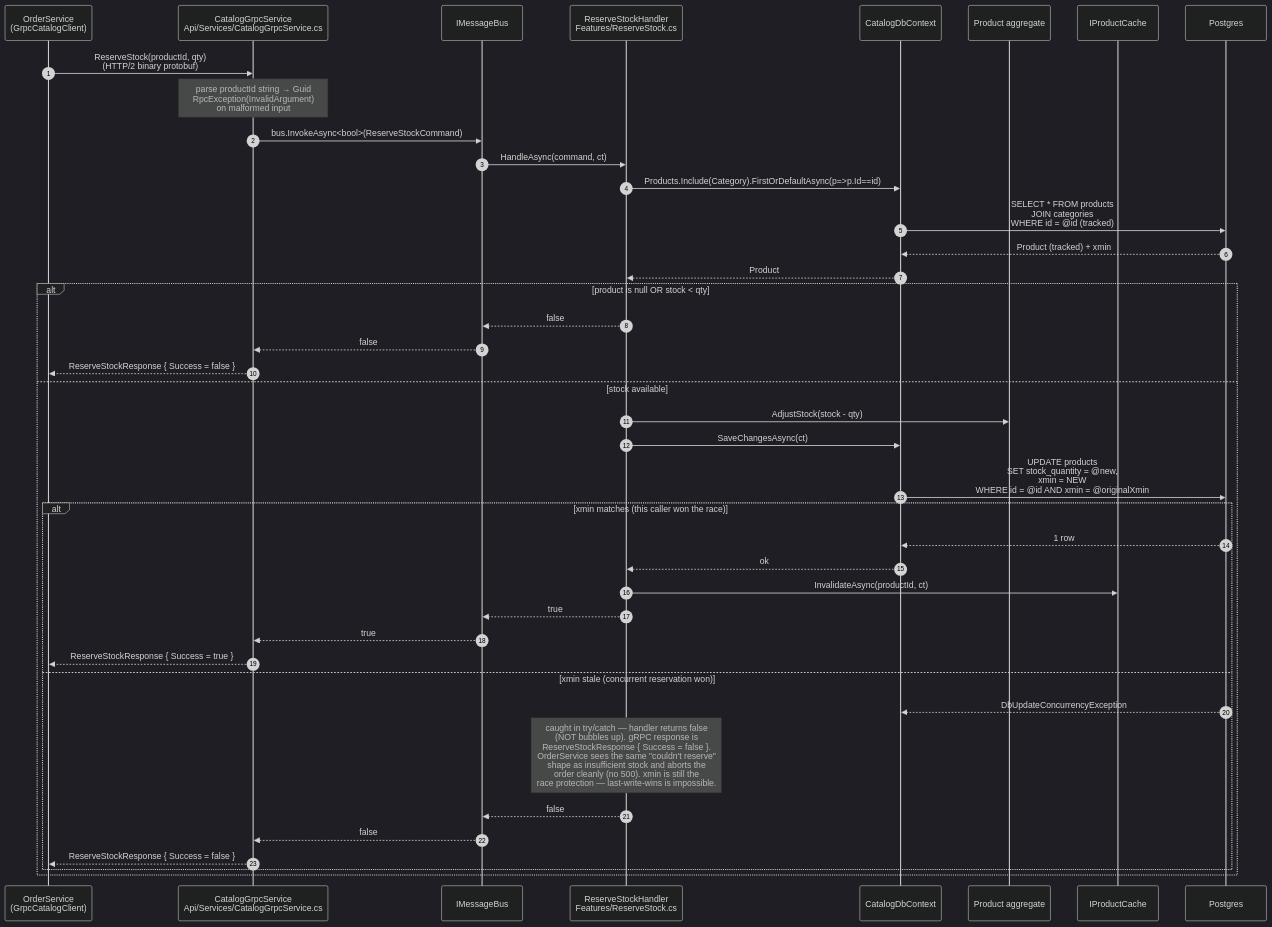
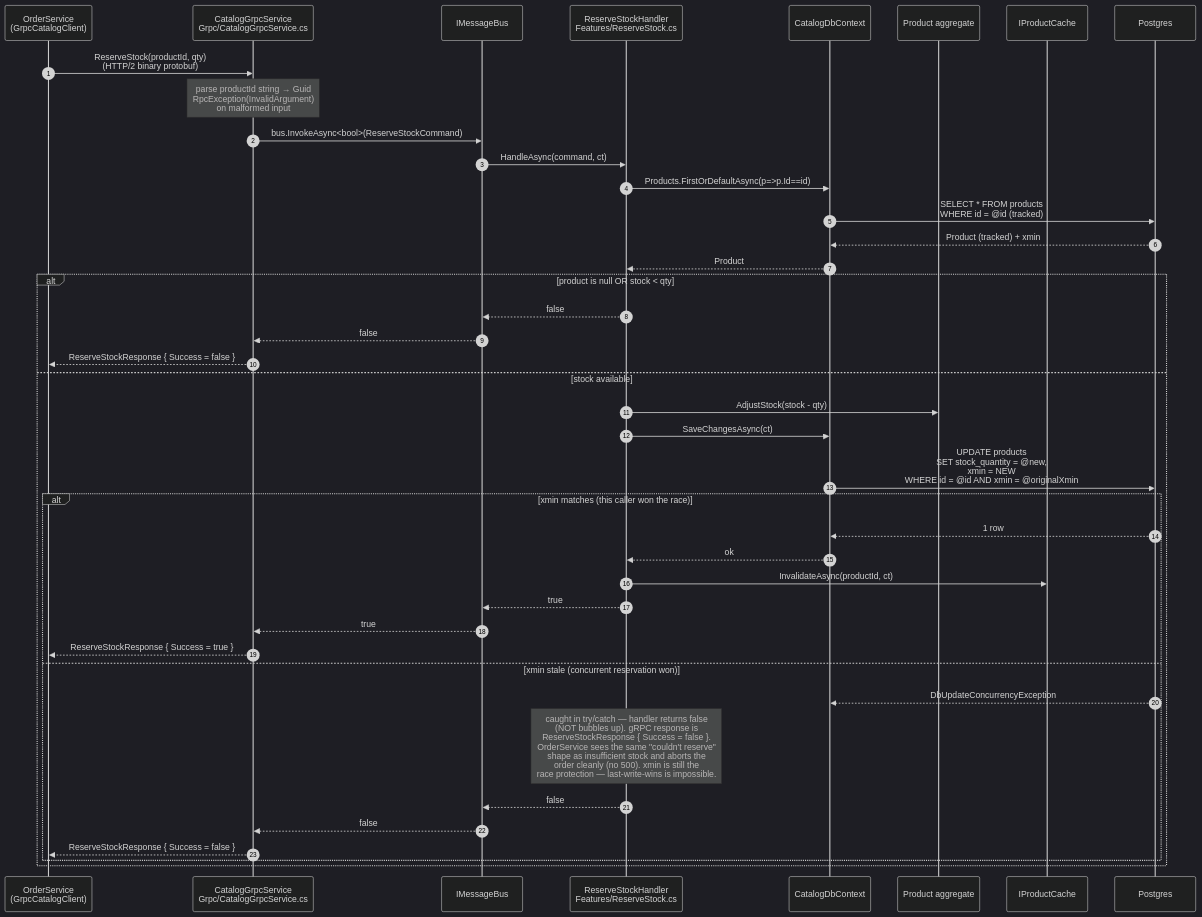
One commit to emeraldleaf/NextAurora changed the third of 4 diagrams in docs/code-flows/catalogservice.md. Above: the diagram before and after it, drawn with Mermaid (dark theme). The commit also changed other lines of this file and 43 other files, not shown here.

````diff
--- a/docs/code-flows/catalogservice.md
+++ b/docs/code-flows/catalogservice.md
@@ -136,46 +136,46 @@
 ```mermaid
 sequenceDiagram
     autonumber
     participant Order as OrderService<br/>(GrpcCatalogClient)
-    participant gRPC as CatalogGrpcService<br/>Api/Services/CatalogGrpcService.cs
+    participant gRPC as CatalogGrpcService<br/>Grpc/CatalogGrpcService.cs
     participant Bus as IMessageBus
     participant H as ReserveStockHandler<br/>Features/ReserveStock.cs
     participant Ctx as CatalogDbContext
     participant Agg as Product aggregate
     participant Cache as IProductCache
     participant DB as Postgres
 
     Order->>gRPC: ReserveStock(productId, qty)<br/>(HTTP/2 binary protobuf)
     Note over gRPC: parse productId string → Guid<br/>RpcException(InvalidArgument)<br/>on malformed input
     gRPC->>Bus: bus.InvokeAsync<bool>(ReserveStockCommand)
     Bus->>H: HandleAsync(command, ct)
 
-    H->>Ctx: Products.Include(Category).FirstOrDefaultAsync(p=>p.Id==id)
-    Ctx->>DB: SELECT * FROM products<br/>JOIN categories<br/>WHERE id = @id (tracked)
+    H->>Ctx: Products.FirstOrDefaultAsync(p=>p.Id==id)
+    Ctx->>DB: SELECT * FROM products<br/>WHERE id = @id (tracked)
     DB-->>Ctx: Product (tracked) + xmin
     Ctx-->>H: Product
 
     alt product is null OR stock < qty
         H-->>Bus: false
         Bus-->>gRPC: false
         gRPC-->>Order: ReserveStockResponse { Success = false }
     else stock available
         H->>Agg: AdjustStock(stock - qty)
         H->>Ctx: SaveChangesAsync(ct)
         Ctx->>DB: UPDATE products<br/>SET stock_quantity = @new,<br/>xmin = NEW<br/>WHERE id = @id AND xmin = @originalXmin
         alt xmin matches (this caller won the race)
             DB-->>Ctx: 1 row
             Ctx-->>H: ok
             H->>Cache: InvalidateAsync(productId, ct)
             H-->>Bus: true
             Bus-->>gRPC: true
             gRPC-->>Order: ReserveStockResponse { Success = true }
         else xmin stale (concurrent reservation won)
             DB-->>Ctx: DbUpdateConcurrencyException
             Note over H: caught in try/catch — handler returns false<br/>(NOT bubbles up). gRPC response is<br/>ReserveStockResponse { Success = false }.<br/>OrderService sees the same "couldn't reserve"<br/>shape as insufficient stock and aborts the<br/>order cleanly (no 500). xmin is still the<br/>race protection — last-write-wins is impossible.
             H-->>Bus: false
             Bus-->>gRPC: false
             gRPC-->>Order: ReserveStockResponse { Success = false }
         end
     end
 ```
````
